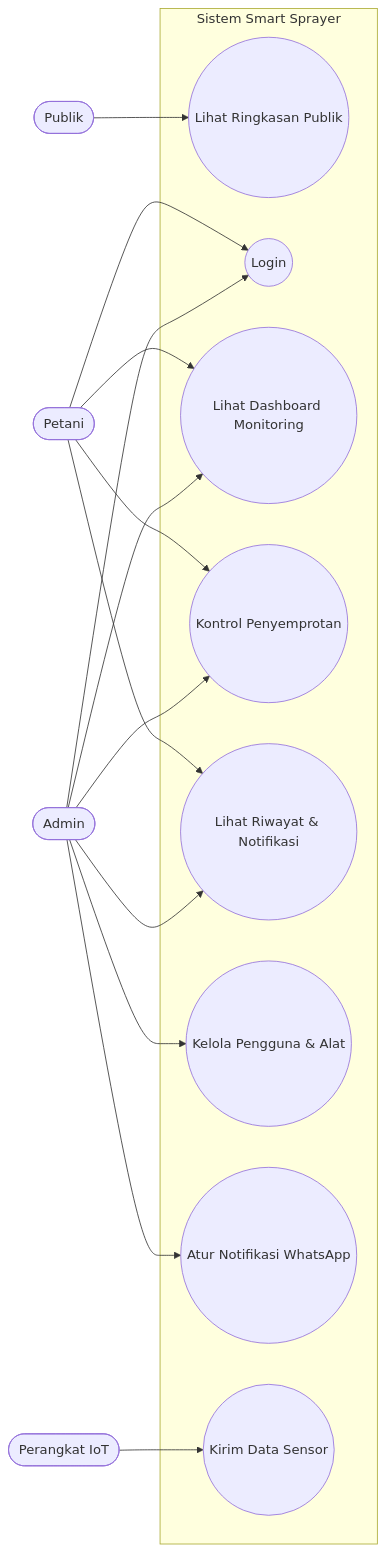
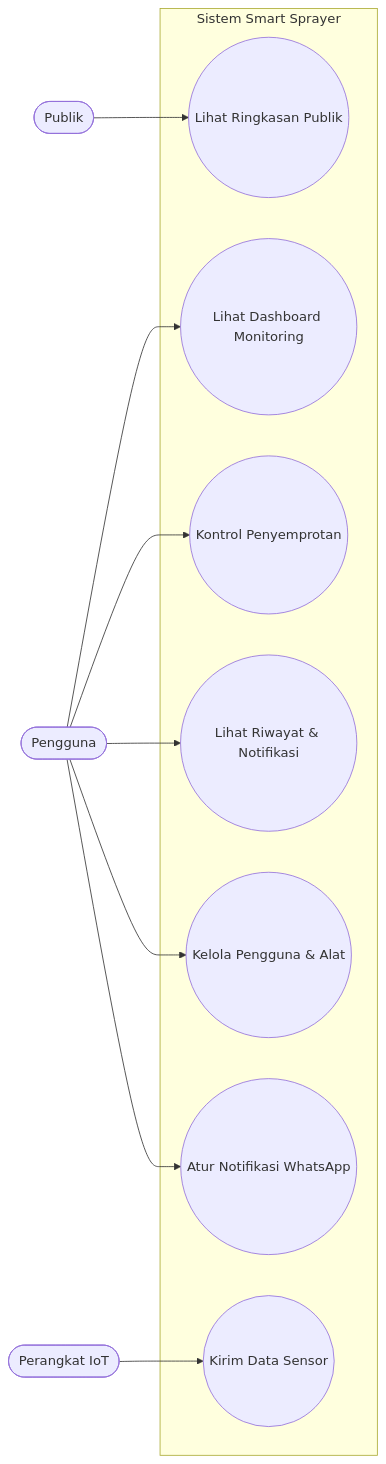
One commit to fadilsflow/wjdk000 changed the first of 4 diagrams in docs/uml-perancangan.md. Above: the diagram before and after it, drawn with Mermaid. The commit also changed other lines of this file and 26 other files, not shown here.

First line of the commit message:
Refactor UML documentation and diagrams for Smart Sprayer project

````diff
--- a/docs/uml-perancangan.md
+++ b/docs/uml-perancangan.md
@@ -15,31 +14,24 @@
 ```mermaid
 flowchart LR
     publik([Publik])
-    petani([Petani])
-    admin([Admin])
+    pengguna([Pengguna])
     alat([Perangkat IoT])
 
     subgraph SYS[Sistem Smart Sprayer]
         uc1((Lihat Ringkasan Publik))
-        uc2((Login))
         uc3((Lihat Dashboard Monitoring))
         uc4((Kontrol Penyemprotan))
         uc5((Lihat Riwayat & Notifikasi))
         uc6((Kelola Pengguna & Alat))
         uc7((Atur Notifikasi WhatsApp))
         uc8((Kirim Data Sensor))
     end
 
     publik --> uc1
-    petani --> uc2
-    petani --> uc3
-    petani --> uc4
-    petani --> uc5
-    admin --> uc2
-    admin --> uc3
-    admin --> uc4
-    admin --> uc5
-    admin --> uc6
-    admin --> uc7
+    pengguna --> uc3
+    pengguna --> uc4
+    pengguna --> uc5
+    pengguna --> uc6
+    pengguna --> uc7
     alat --> uc8
 ```
````
